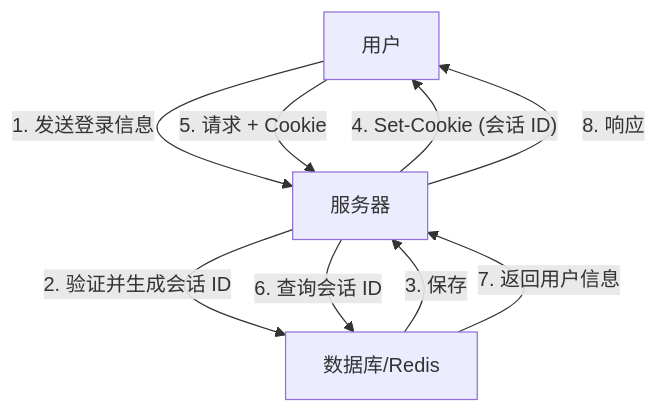
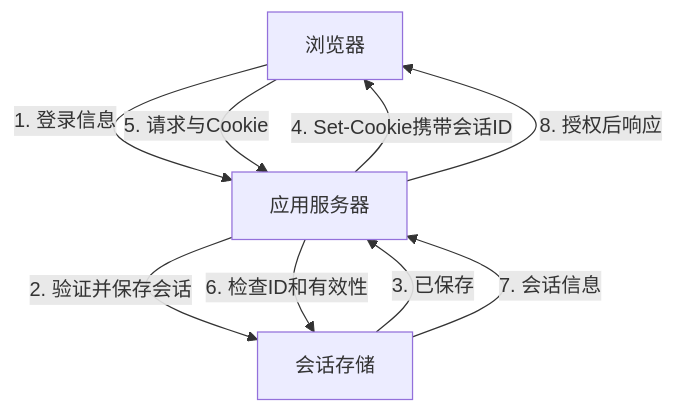
The first of 3 diagrams in content/post/jwt-json-web-token-security-risks/index.zh-cn.md (kenjinote/blog), drawn with Mermaid before and after one commit. The commit also changed other lines of this file and 5 other files, not shown here.

Commit message:
Proofread both Chinese JWT articles and inspect translated security diagrams

````diff
--- a/content/post/jwt-json-web-token-security-risks/index.zh-cn.md
+++ b/content/post/jwt-json-web-token-security-risks/index.zh-cn.md
@@ -19,11 +20,11 @@
 ```mermaid
 graph TD
-    A["用户"] -- "1. 发送登录信息" --> B["服务器"]
-    B -- "2. 验证并生成会话 ID" --> C["数据库/Redis"]
-    C -- "3. 保存" --> B
-    B -- "4. Set-Cookie (会话 ID)" --> A
-    A -- "5. 请求 + Cookie" --> B
-    B -- "6. 查询会话 ID" --> C
-    C -- "7. 返回用户信息" --> B
-    B -- "8. 响应" --> A
+    A["浏览器"] -- "1. 登录信息" --> B["应用服务器"]
+    B -- "2. 验证并保存会话" --> C["会话存储"]
+    C -- "3. 已保存" --> B
+    B -- "4. Set-Cookie携带会话ID" --> A
+    A -- "5. 请求与Cookie" --> B
+    B -- "6. 检查ID和有效性" --> C
+    C -- "7. 会话信息" --> B
+    B -- "8. 授权后响应" --> A
 ```
````
